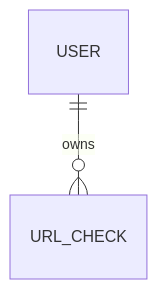
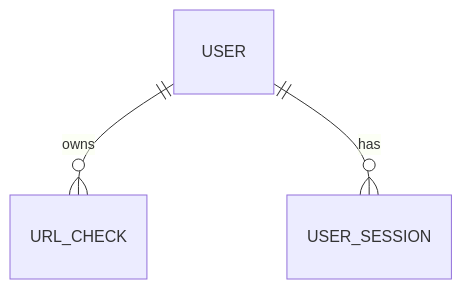
One commit to leebt253/HiddenLinkChecker changed the diagram in docs/domain-model.md. Above: the diagram before and after it, drawn with Mermaid. The commit also changed other lines of this file and 20 other files, not shown here.

````diff
--- a/docs/domain-model.md
+++ b/docs/domain-model.md
@@ -15,4 +15,5 @@
 ```mermaid
 erDiagram
     USER ||--o{ URL_CHECK : owns
+    USER ||--o{ USER_SESSION : has
 ```
````
